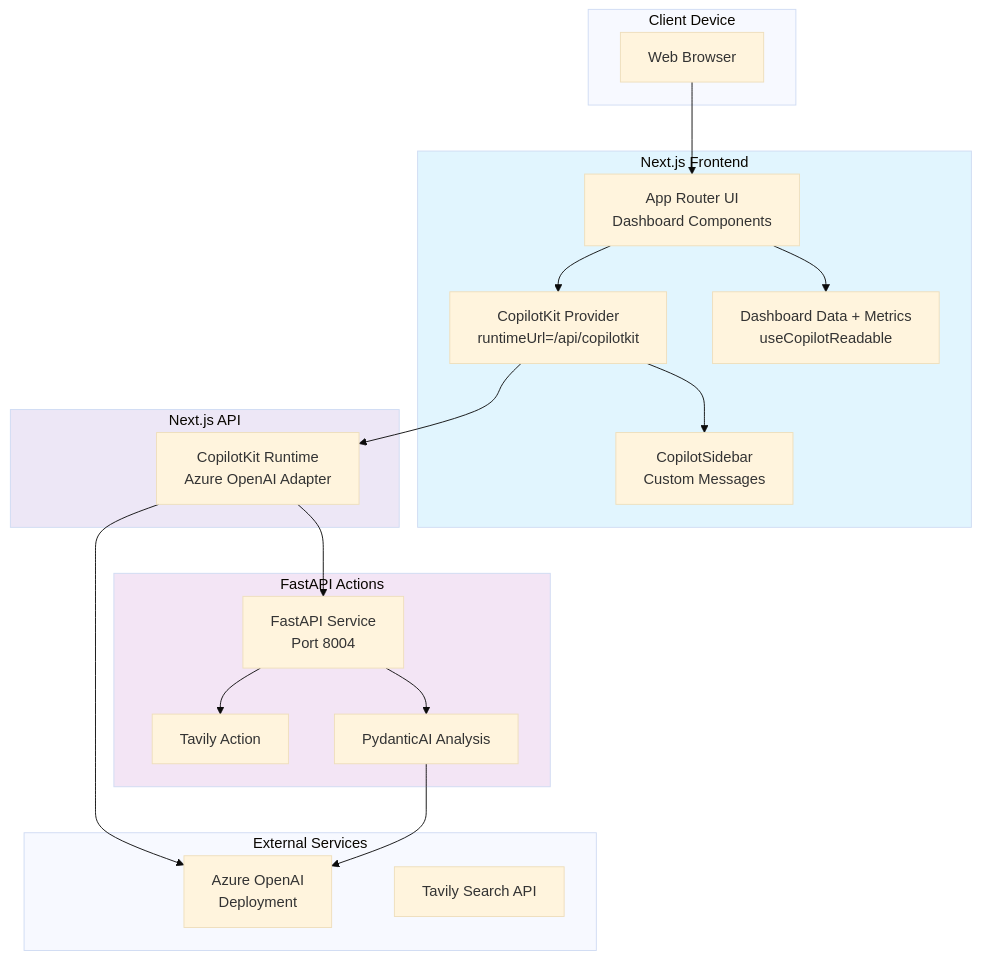
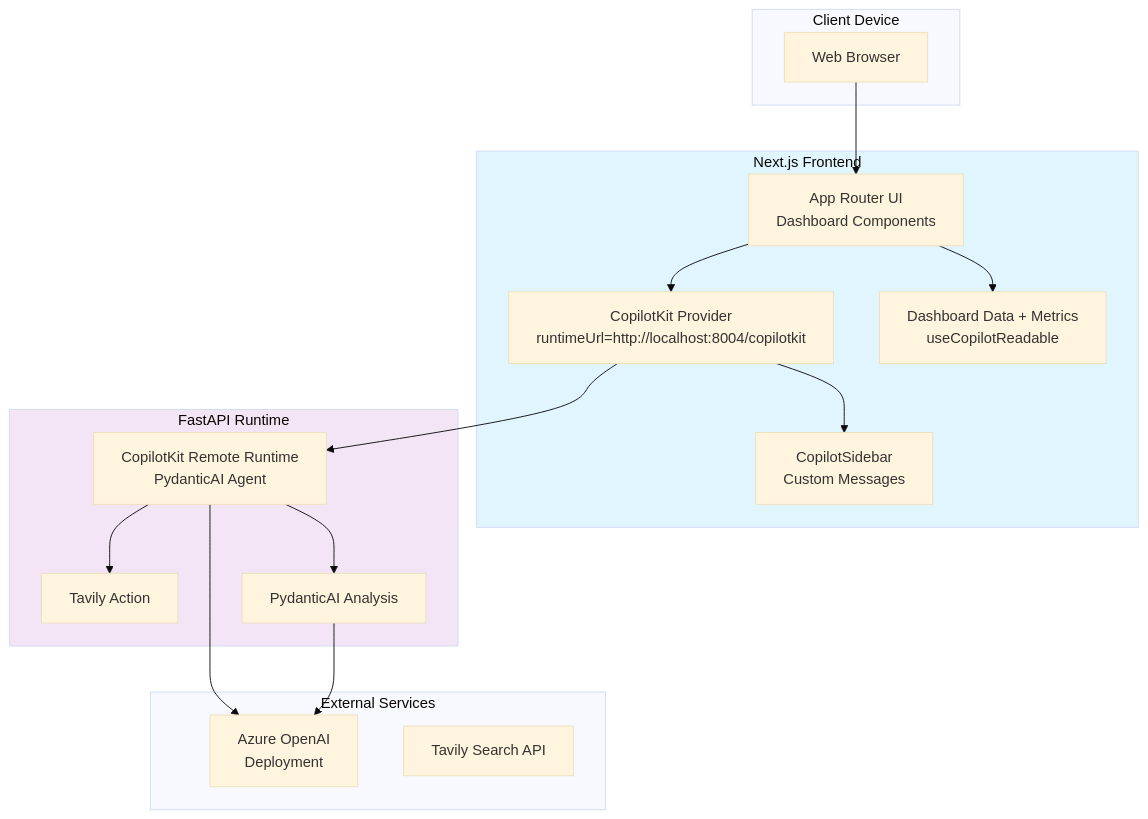
Before and after one commit to chris-han/CopilotKit: the first of 2 diagrams in examples/copilot-chat-with-your-data/architecture.md, drawn with Mermaid (base theme). The commit also changed other lines of this file and 4 other files, not shown here.

First line of the commit message:
refactor(api): migrate CopilotKit runtime to FastAPI backend

````diff
--- a/examples/copilot-chat-with-your-data/architecture.md
+++ b/examples/copilot-chat-with-your-data/architecture.md
@@ -33,43 +31,37 @@
 ```mermaid
 graph TB
   subgraph Client["Client Device"]
     Browser["Web Browser"]
   end
 
   subgraph FrontendDomain["Next.js Frontend"]
     App["App Router UI<br/>Dashboard Components"]
-    Provider["CopilotKit Provider<br/>runtimeUrl=/api/copilotkit"]
+    Provider["CopilotKit Provider<br/>runtimeUrl=http://localhost:8004/copilotkit"]
     Sidebar["CopilotSidebar<br/>Custom Messages"]
     Readables["Dashboard Data + Metrics<br/>useCopilotReadable"]
   end
 
-  subgraph NextApi["Next.js API"]
-    Runtime["CopilotKit Runtime<br/>Azure OpenAI Adapter"]
-  end
-
-  subgraph BackendDomain["FastAPI Actions"]
-    FastAPI["FastAPI Service<br/>Port 8004"]
+  subgraph BackendDomain["FastAPI Runtime"]
+    Runtime["CopilotKit Remote Runtime<br/>PydanticAI Agent"]
     Tavily["Tavily Action"]
     PAI["PydanticAI Analysis"]
   end
 
   subgraph CloudServices["External Services"]
     AOI["Azure OpenAI<br/>Deployment"]
     Tav["Tavily Search API"]
   end
 
   Browser --> App
   App --> Provider
   App --> Readables
   Provider --> Sidebar
   Provider --> Runtime
-  Runtime --> FastAPI
   Runtime --> AOI
-  FastAPI --> Tavily
-  FastAPI --> PAI
+  Runtime --> Tavily
+  Runtime --> PAI
   PAI --> AOI
 
   style FrontendDomain fill:#e1f5fe
   style BackendDomain fill:#f3e5f5
-  style NextApi fill:#ede7f6
 ```
````
